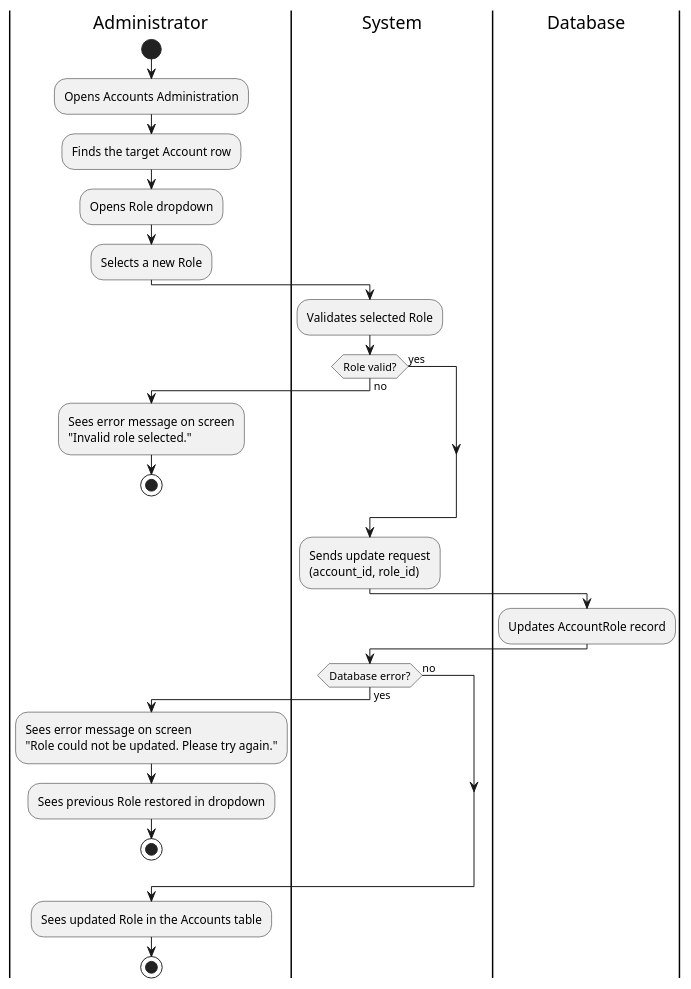
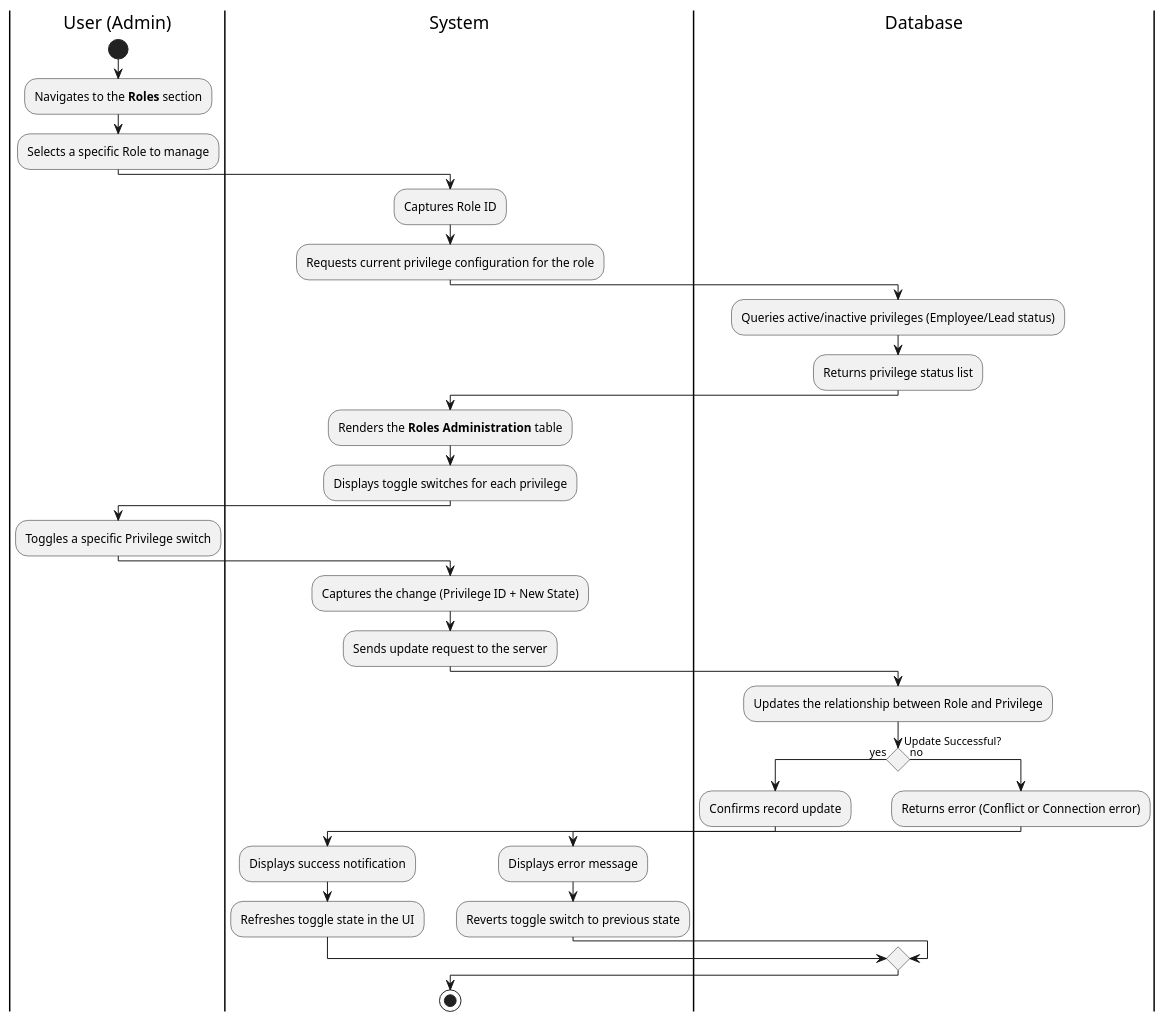
The diagram in documentation/activity_diagrams/ADMIN-04-ActivityDiagram.puml (Berthou05/LimboSoftwareDevelopment_Change.org), drawn with PlantUML before and after one commit. The commit also changed 14 other files, not shown here.

Commit message:
[DOCS]: Correction of Activity Diagrams. Addition of ADMIN-03, EMP-02, PROJ-11. Naming modifications of ADMIN-04, ADMIN-05 and ADMIN-06.

```diff
--- a/documentation/activity_diagrams/ADMIN-04-ActivityDiagram.puml
+++ b/documentation/activity_diagrams/ADMIN-04-ActivityDiagram.puml
@@ -1,36 +1,45 @@
 @startuml
-|Administrator|
+skinparam conditionStyle diamond
+
+|User (Admin)|
 start
-:Opens Accounts Administration;
-:Finds the target Account row;
-:Opens Role dropdown;
-:Selects a new Role;
+:Navigates to the **Roles** section;
+:Selects a specific Role to manage;
 
 |System|
-:Validates selected Role;
-if (Role valid?) is (no) then
-  |Administrator|
-  :Sees error message on screen\n"Invalid role selected.";
-  stop
-else(yes)
+:Captures Role ID;
+:Requests current privilege configuration for the role;
+
+|Database|
+:Queries active/inactive privileges (Employee/Lead status);
+:Returns privilege status list;
+
+|System|
+:Renders the **Roles Administration** table;
+:Displays toggle switches for each privilege;
+
+|User (Admin)|
+:Toggles a specific Privilege switch;
+
+|System|
+:Captures the change (Privilege ID + New State);
+:Sends update request to the server;
+
+|Database|
+:Updates the relationship between Role and Privilege;
+
+if (Update Successful?) then (yes)
+    :Confirms record update;
+    |System|
+    :Displays success notification;
+    :Refreshes toggle state in the UI;
+else (no)
+    |Database|
+    :Returns error (Conflict or Connection error);
+    |System|
+    :Displays error message;
+    :Reverts toggle switch to previous state;
 endif
 
-|System|
-:Sends update request\n(account_id, role_id);
-
-|Database|
-:Updates AccountRole record;
-
-|System|
-if (Database error?) is (yes) then
-  |Administrator|
-  :Sees error message on screen\n"Role could not be updated. Please try again.";
-  :Sees previous Role restored in dropdown;
-  stop
-else(no)
-endif
-
-|Administrator|
-:Sees updated Role in the Accounts table;
 stop
 @enduml
```
